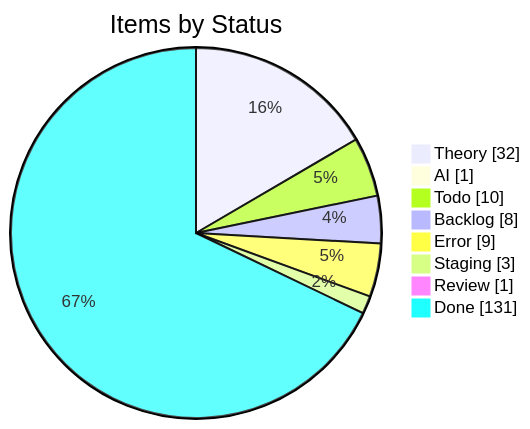
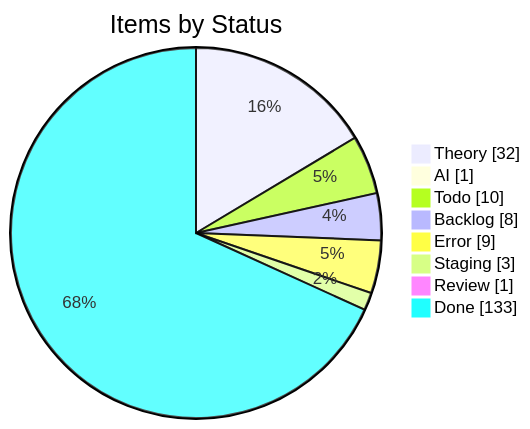
The first of 4 diagrams in apps/kbve/astro-kbve/src/content/docs/dashboard/kanban-data.mdx (KBVE/kbve), drawn with Mermaid before and after one commit. The commit also changed other lines of this file and 8 other files, not shown here.

````diff
--- a/apps/kbve/astro-kbve/src/content/docs/dashboard/kanban-data.mdx
+++ b/apps/kbve/astro-kbve/src/content/docs/dashboard/kanban-data.mdx
@@ -55,12 +55,12 @@
 ```mermaid
 pie showData
     title Items by Status
     "Theory" : 32
     "AI" : 1
     "Todo" : 10
     "Backlog" : 8
     "Error" : 9
     "Staging" : 3
     "Review" : 1
-    "Done" : 131
+    "Done" : 133
 ```
````
